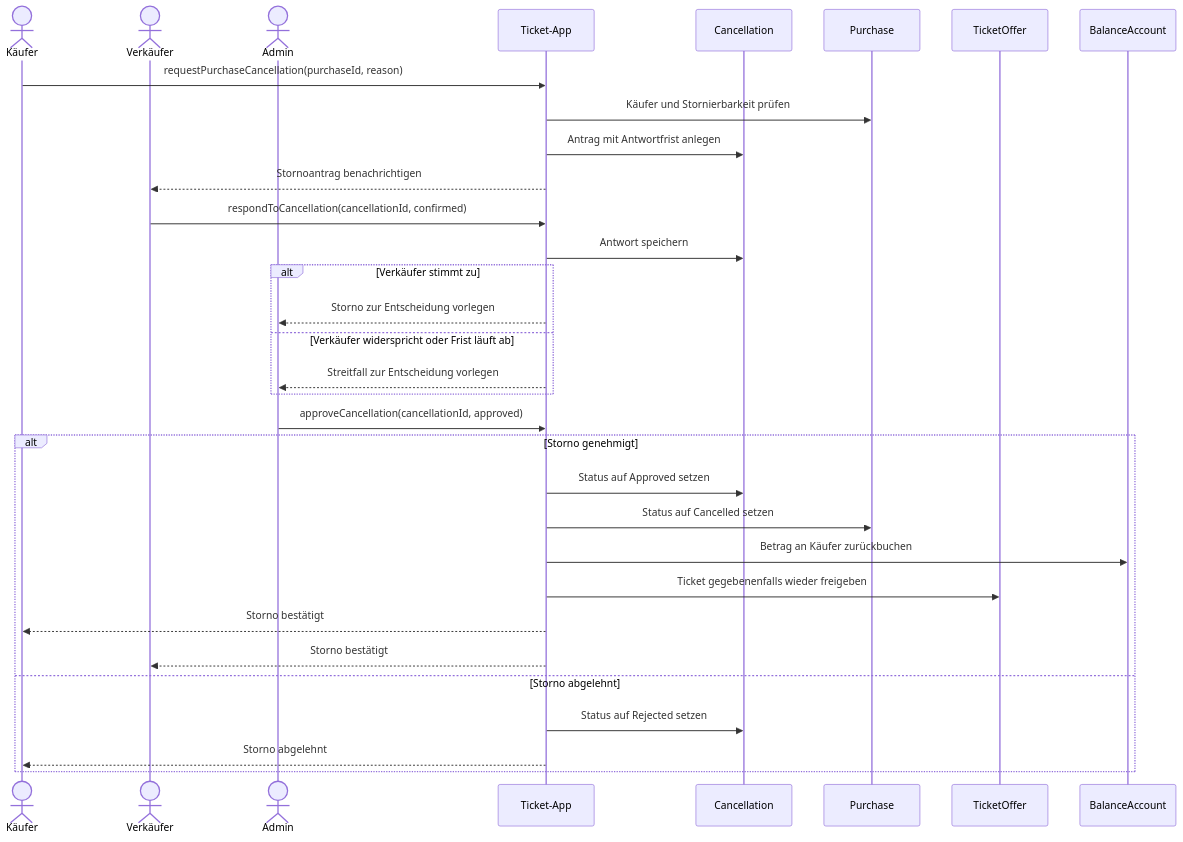
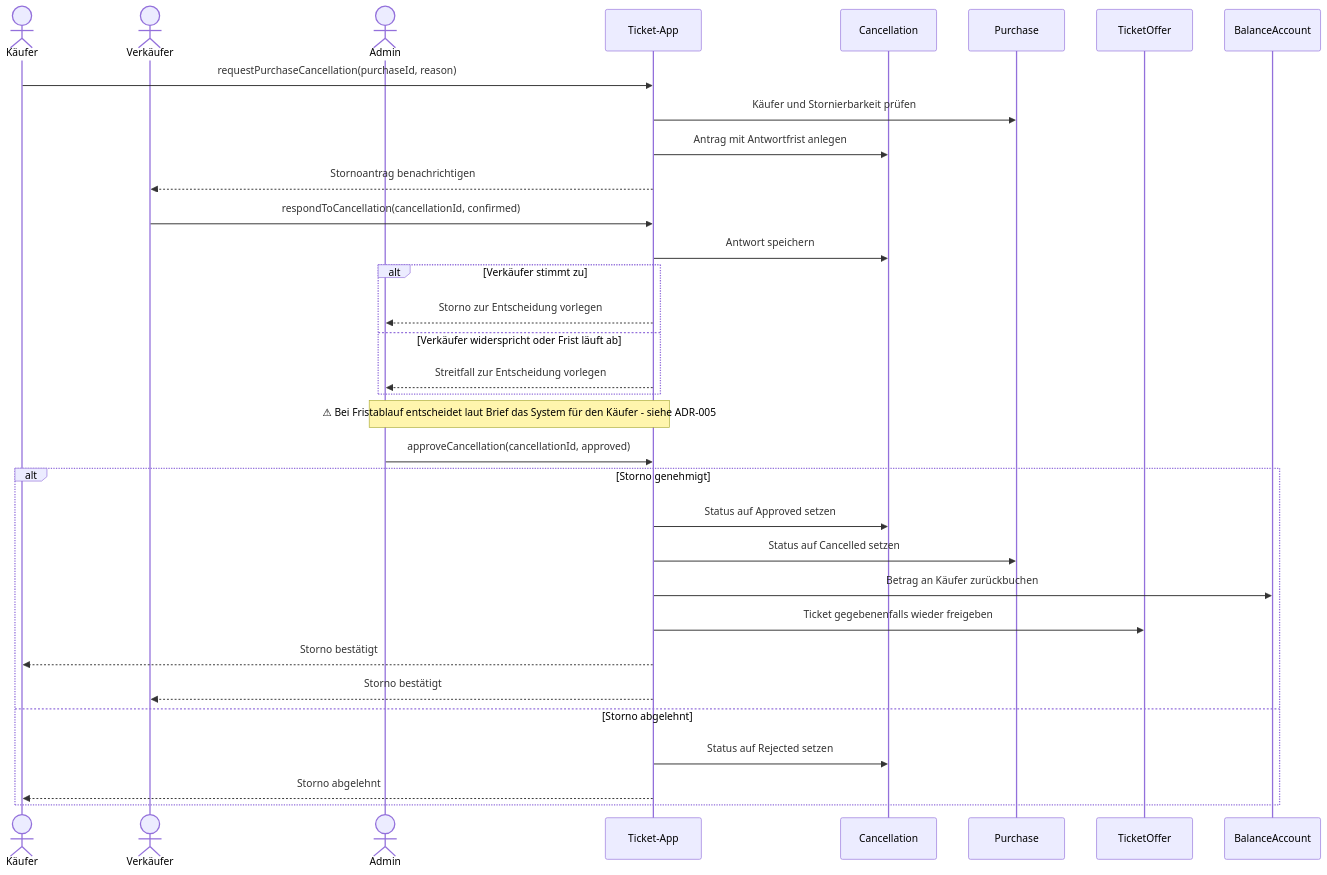
One commit to Adrian-Hansen-dev/second-hand-ticket-app changed the seventh of 9 diagrams in systemoperationen.md. Above: the diagram before and after it, drawn with Mermaid. The commit also changed other lines of this file and 1 other file, not shown here.

````diff
--- a/systemoperationen.md
+++ b/systemoperationen.md
@@ -405,37 +597,38 @@
 ```mermaid
 sequenceDiagram
     actor Käufer
     actor Verkäufer
     actor Admin
     participant App as Ticket-App
     participant Cancellation as Cancellation
     participant Purchase as Purchase
     participant Ticket as TicketOffer
     participant Balance as BalanceAccount
 
     Käufer->>App: requestPurchaseCancellation(purchaseId, reason)
     App->>Purchase: Käufer und Stornierbarkeit prüfen
     App->>Cancellation: Antrag mit Antwortfrist anlegen
     App-->>Verkäufer: Stornoantrag benachrichtigen
 
     Verkäufer->>App: respondToCancellation(cancellationId, confirmed)
     App->>Cancellation: Antwort speichern
     alt Verkäufer stimmt zu
         App-->>Admin: Storno zur Entscheidung vorlegen
     else Verkäufer widerspricht oder Frist läuft ab
         App-->>Admin: Streitfall zur Entscheidung vorlegen
     end
+    Note over App,Admin: ⚠ Bei Fristablauf entscheidet laut Brief das System für den Käufer - siehe ADR-005
 
     Admin->>App: approveCancellation(cancellationId, approved)
     alt Storno genehmigt
         App->>Cancellation: Status auf Approved setzen
         App->>Purchase: Status auf Cancelled setzen
         App->>Balance: Betrag an Käufer zurückbuchen
         App->>Ticket: Ticket gegebenenfalls wieder freigeben
         App-->>Käufer: Storno bestätigt
         App-->>Verkäufer: Storno bestätigt
     else Storno abgelehnt
         App->>Cancellation: Status auf Rejected setzen
         App-->>Käufer: Storno abgelehnt
     end
 ```
````
